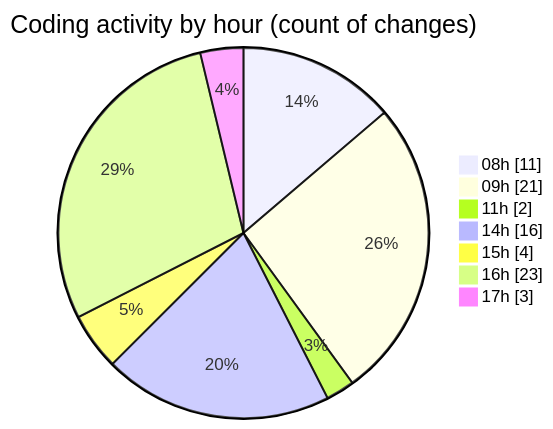
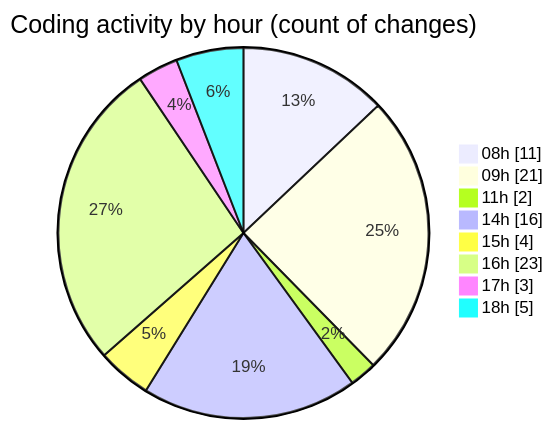
Before and after one commit to julien-gomy/code-tracking: the second of 2 diagrams in 2025-10-13/eventscop-frontend-guide__workspace_/README.md, drawn with Mermaid. The commit also changed other lines of this file and 1 other file, not shown here.

````diff
--- a/2025-10-13/eventscop-frontend-guide__workspace_/README.md
+++ b/2025-10-13/eventscop-frontend-guide__workspace_/README.md
@@ -56,11 +58,12 @@
 ```mermaid
 pie showData
 title Coding activity by hour (count of changes)
 "08h" : 11
 "09h" : 21
 "11h" : 2
 "14h" : 16
 "15h" : 4
 "16h" : 23
 "17h" : 3
+"18h" : 5
 ```
````
